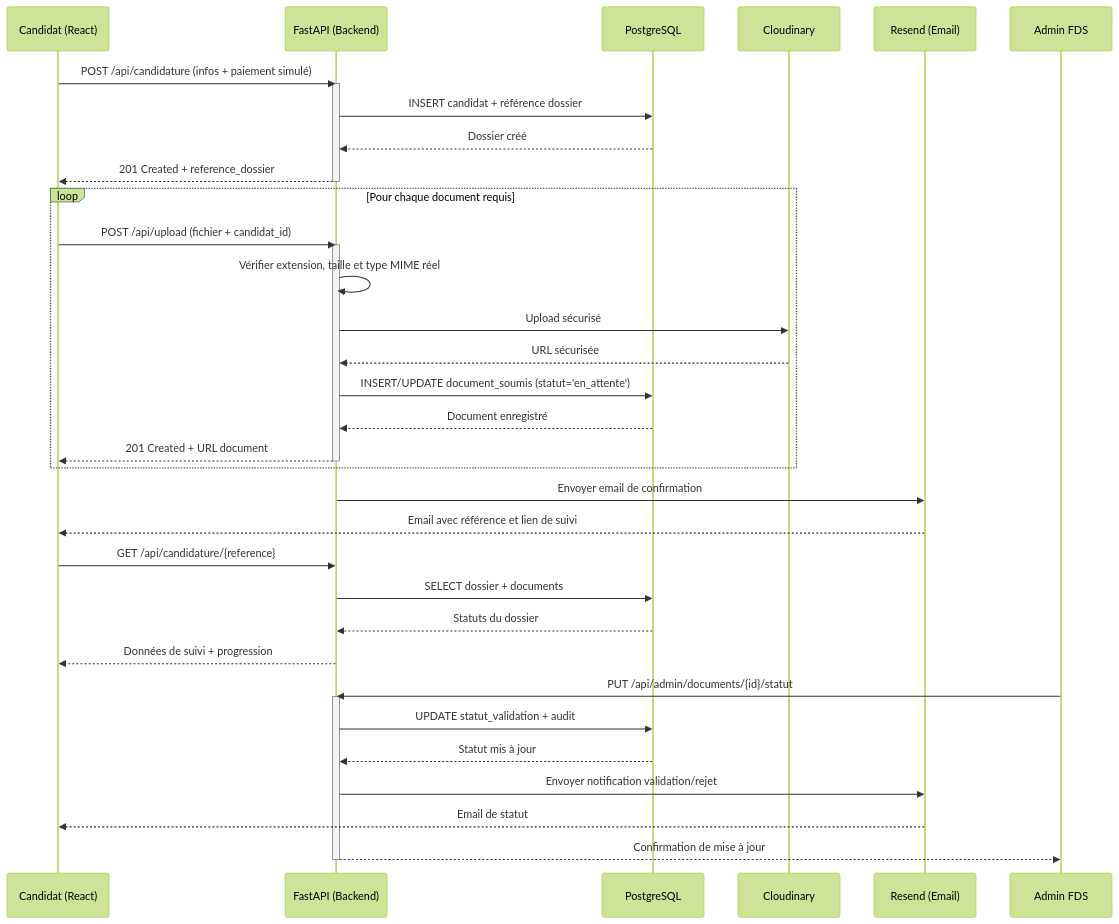
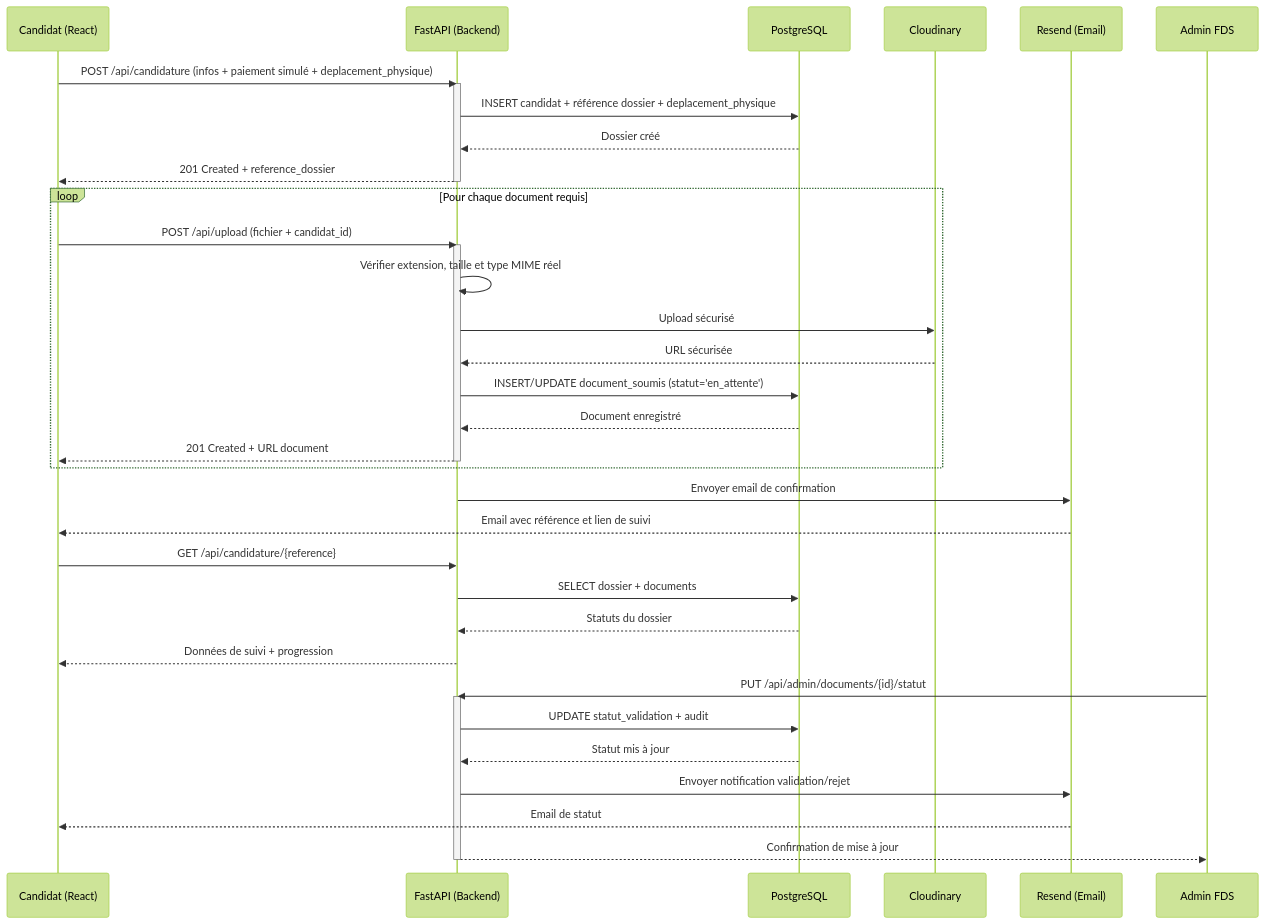
Before and after one commit to Paro-fds/fds-portail: the third of 5 diagrams in cahier_des_charges.md, drawn with Mermaid (forest theme). The commit also changed other lines of this file and 26 other files, not shown here.

````diff
--- a/cahier_des_charges.md
+++ b/cahier_des_charges.md
@@ -303,45 +307,45 @@
 ```mermaid
 sequenceDiagram
     participant C as Candidat (React)
     participant API as FastAPI (Backend)
     participant DB as PostgreSQL
     participant Cloud as Cloudinary
     participant Mail as Resend (Email)
     participant A as Admin FDS
 
-    C->>API: POST /api/candidature (infos + paiement simulé)
+    C->>API: POST /api/candidature (infos + paiement simulé + deplacement_physique)
     activate API
-    API->>DB: INSERT candidat + référence dossier
+    API->>DB: INSERT candidat + référence dossier + deplacement_physique
     DB-->>API: Dossier créé
     API-->>C: 201 Created + reference_dossier
     deactivate API
 
     loop Pour chaque document requis
         C->>API: POST /api/upload (fichier + candidat_id)
         activate API
         API->>API: Vérifier extension, taille et type MIME réel
         API->>Cloud: Upload sécurisé
         Cloud-->>API: URL sécurisée
         API->>DB: INSERT/UPDATE document_soumis (statut='en_attente')
         DB-->>API: Document enregistré
         API-->>C: 201 Created + URL document
         deactivate API
     end
 
     API->>Mail: Envoyer email de confirmation
     Mail-->>C: Email avec référence et lien de suivi
 
     C->>API: GET /api/candidature/{reference}
     API->>DB: SELECT dossier + documents
     DB-->>API: Statuts du dossier
     API-->>C: Données de suivi + progression
 
     A->>API: PUT /api/admin/documents/{id}/statut
     activate API
     API->>DB: UPDATE statut_validation + audit
     DB-->>API: Statut mis à jour
     API->>Mail: Envoyer notification validation/rejet
     Mail-->>C: Email de statut
     API-->>A: Confirmation de mise à jour
     deactivate API
 ```
````
